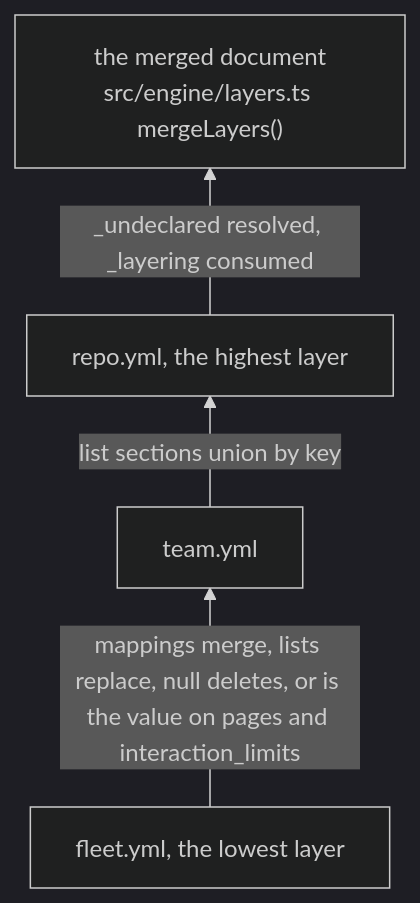
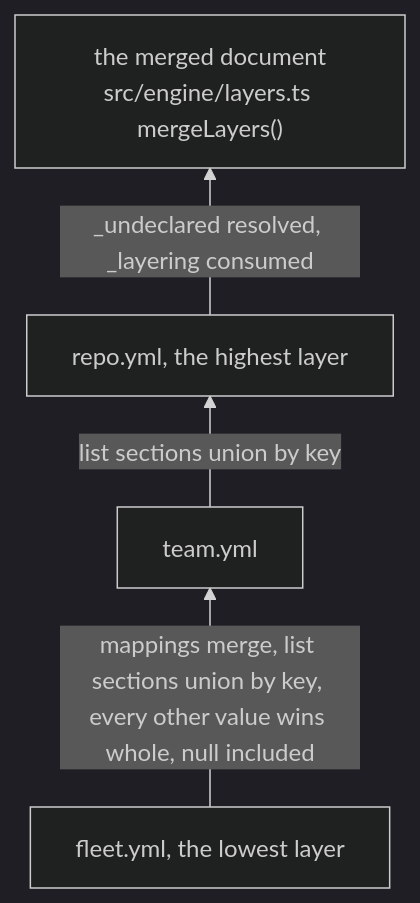
One commit to Vivswan/github-settings-as-code changed the fourth of 8 diagrams in docs/reference/architecture.md. Above: the diagram before and after it, drawn with Mermaid (dark theme). The commit also changed other lines of this file and 50 other files, not shown here.

Commit message:
feat(engine)!: a higher layer's null wins and means empty on GitHub, and _remove drops a keyed entry (#294)

````diff
--- a/docs/reference/architecture.md
+++ b/docs/reference/architecture.md
@@ -104,10 +104,10 @@
 ```mermaid
 flowchart BT
   fleet["fleet.yml, the lowest layer"]
   team["team.yml"]
   repo["repo.yml, the highest layer"]
   out["the merged document<br>src/engine/layers.ts mergeLayers()"]
-  fleet -->|mappings merge, lists replace, null deletes, or is the value on pages and interaction_limits| team
+  fleet -->|mappings merge, list sections union by key, every other value wins whole, null included| team
   team -->|list sections union by key| repo
   repo -->|_undeclared resolved, _layering consumed| out
 ```
````
